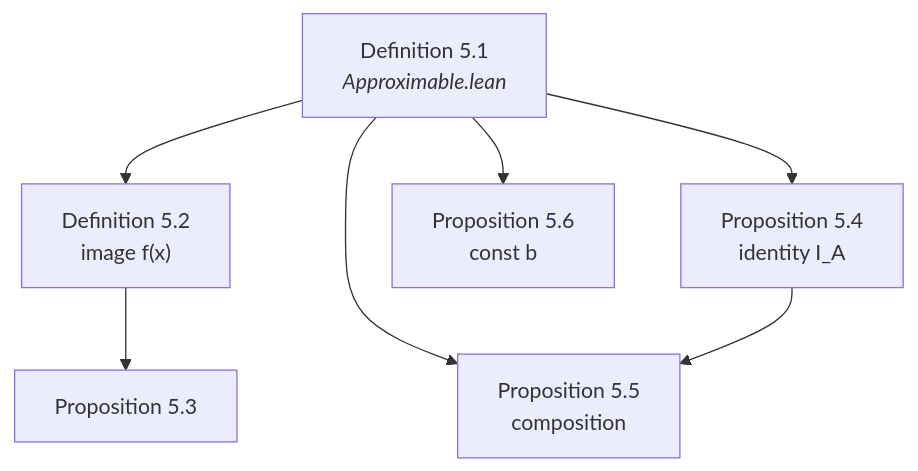
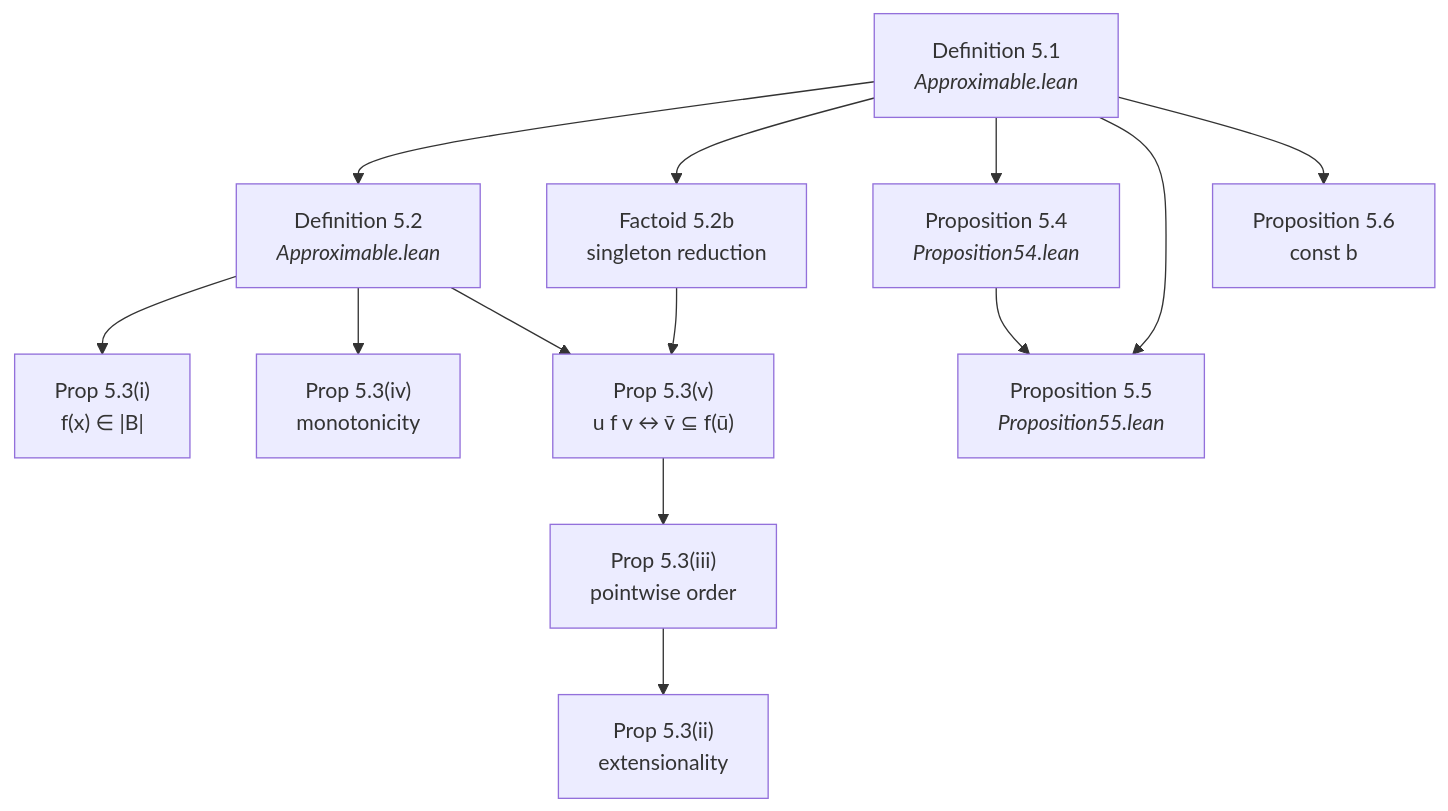
The seventh of 10 diagrams in arxiv.md (catskillsresearch/scott1982), drawn with Mermaid before and after one commit. The commit also changed other lines of this file, not shown here.

First line of the commit message:
Split Proposition 5.3 into numbered inventory subgoals.

````diff
--- a/arxiv.md
+++ b/arxiv.md
@@ -346,14 +346,25 @@
 ```mermaid
 flowchart TD
   D51["Definition 5.1<br/><i>Approximable.lean</i>"]
-  D52["Definition 5.2<br/>image f(x)"]
-  P53["Proposition 5.3"]
-  P54["Proposition 5.4<br/>identity I_A"]
-  P55["Proposition 5.5<br/>composition"]
+  D52["Definition 5.2<br/><i>Approximable.lean</i>"]
+  P53i["Prop 5.3(i)<br/>f(x) ∈ |B|"]
+  P53ii["Prop 5.3(ii)<br/>extensionality"]
+  P53iii["Prop 5.3(iii)<br/>pointwise order"]
+  P53iv["Prop 5.3(iv)<br/>monotonicity"]
+  F52b["Factoid 5.2b<br/>singleton reduction"]
+  P53v["Prop 5.3(v)<br/>u f v ↔ v̄ ⊆ f(ū)"]
+  P54["Proposition 5.4<br/><i>Proposition54.lean</i>"]
+  P55["Proposition 5.5<br/><i>Proposition55.lean</i>"]
   P56["Proposition 5.6<br/>const b"]
-  D51 --> D52 --> P53
+  D51 --> D52
+  D52 --> P53i
+  D52 --> P53iv
+  D51 --> F52b
+  F52b --> P53v
+  D52 --> P53v
+  P53v --> P53iii --> P53ii
   D51 --> P54
   D51 --> P55
   D51 --> P56
   P54 --> P55
 ```
````
